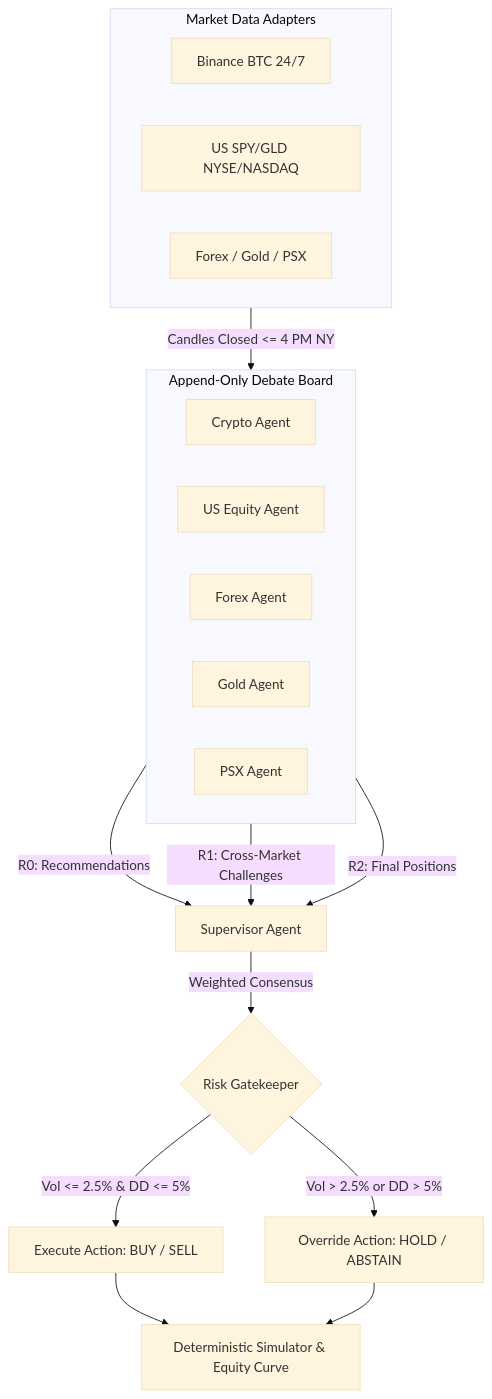
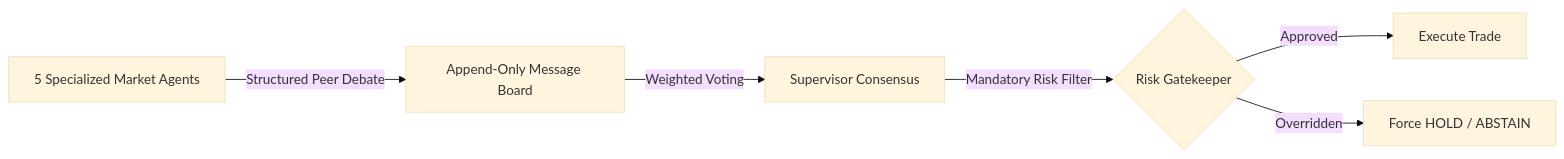
The first of 5 diagrams in presentation.md (Shahmeer001/QORUM), drawn with Mermaid (base theme) before and after one commit. The commit also changed other lines of this file and 1 other file, not shown here.

Commit message:
Update presentation.md with full Marp-compatible slide deck, diagrams, and test details

````diff
--- a/presentation.md
+++ b/presentation.md
@@ -53,26 +34,8 @@
 ```mermaid
-flowchart TD
-    subgraph Feeds [Market Data Adapters]
-        D1[Binance BTC 24/7]
-        D2[US SPY/GLD NYSE/NASDAQ]
-        D3[Forex / Gold / PSX]
-    end
-
-    subgraph Board [Append-Only Debate Board]
-        M1[Crypto Agent]
-        M2[US Equity Agent]
-        M3[Forex Agent]
-        M4[Gold Agent]
-        M5[PSX Agent]
-    end
-
-    Feeds -->|Candles Closed <= 4 PM NY| Board
-    Board -->|R0: Recommendations| Sup[Supervisor Agent]
-    Board -->|R1: Cross-Market Challenges| Sup
-    Board -->|R2: Final Positions| Sup
-    Sup -->|Weighted Consensus| Risk{Risk Gatekeeper}
-    Risk -->|Vol <= 2.5% & DD <= 5%| Approved[Execute Action: BUY / SELL]
-    Risk -->|Vol > 2.5% or DD > 5%| Overridden[Override Action: HOLD / ABSTAIN]
-    Approved --> Sim[Deterministic Simulator & Equity Curve]
-    Overridden --> Sim
+flowchart LR
+    A[5 Specialized Market Agents] -->|Structured Peer Debate| B[Append-Only Message Board]
+    B -->|Weighted Voting| C[Supervisor Consensus]
+    C -->|Mandatory Risk Filter| D{Risk Gatekeeper}
+    D -->|Approved| E[Execute Trade]
+    D -->|Overridden| F[Force HOLD / ABSTAIN]
 ```
````
